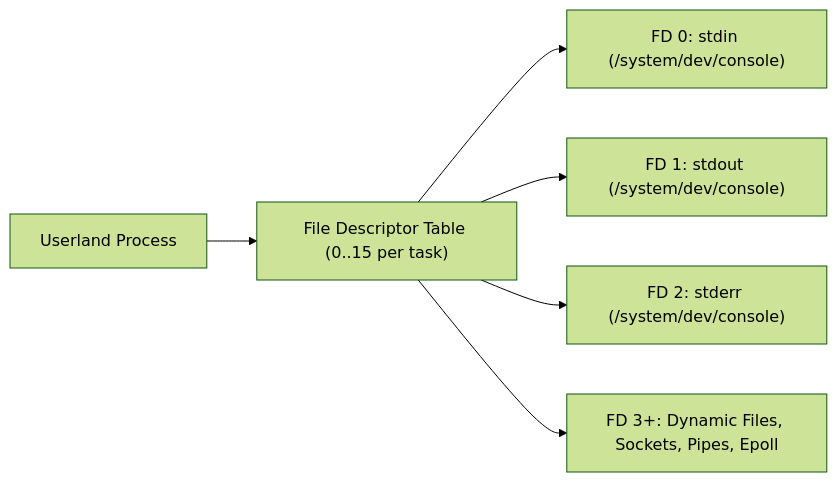
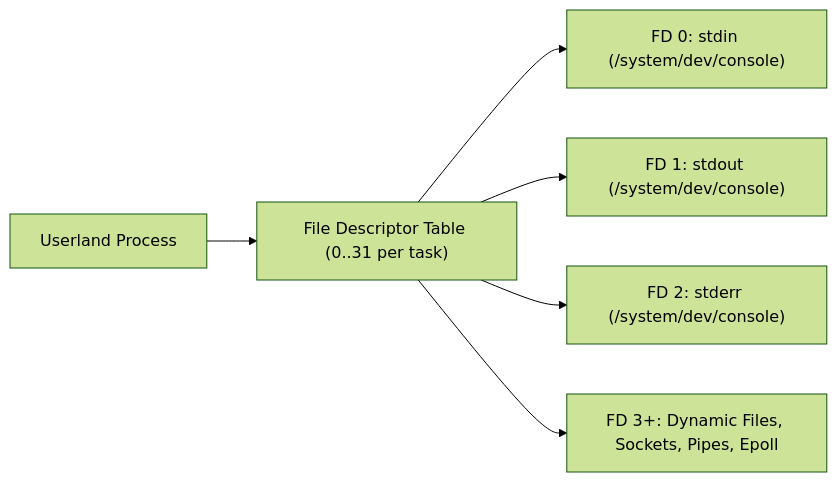
The diagram in docs/userland/system/posix_io.md (mrvlous/keira), drawn with Mermaid (forest theme) before and after one commit. The commit also changed 9 other files, not shown here.

Commit message:
feat(task): expand task capacity to 64 and per-process file descriptors to 32

````diff
--- a/docs/userland/system/posix_io.md
+++ b/docs/userland/system/posix_io.md
@@ -11,8 +11,8 @@
 ```mermaid
 graph LR
-    Proc["Userland Process"] --> FDT["File Descriptor Table (0..15 per task)"]
+    Proc["Userland Process"] --> FDT["File Descriptor Table (0..31 per task)"]
     FDT --> FD0["FD 0: stdin (/system/dev/console)"]
     FDT --> FD1["FD 1: stdout (/system/dev/console)"]
     FDT --> FD2["FD 2: stderr (/system/dev/console)"]
     FDT --> FDX["FD 3+: Dynamic Files, Sockets, Pipes, Epoll"]
 ```
````
